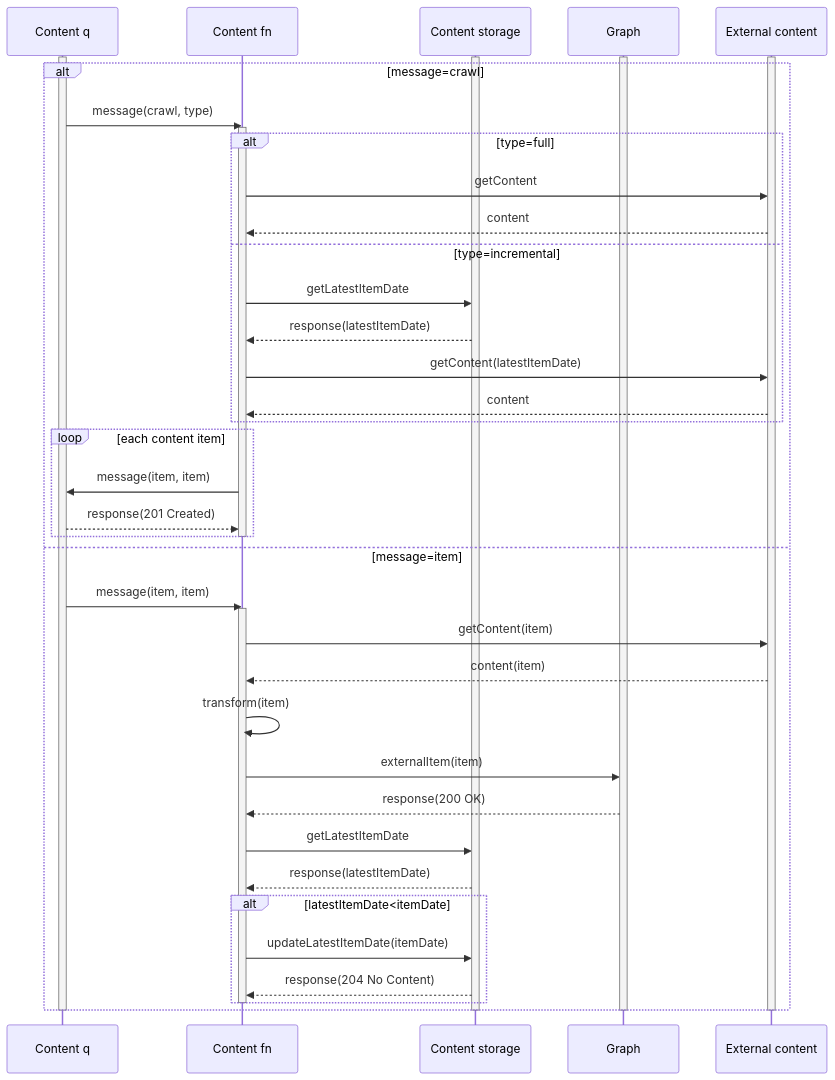
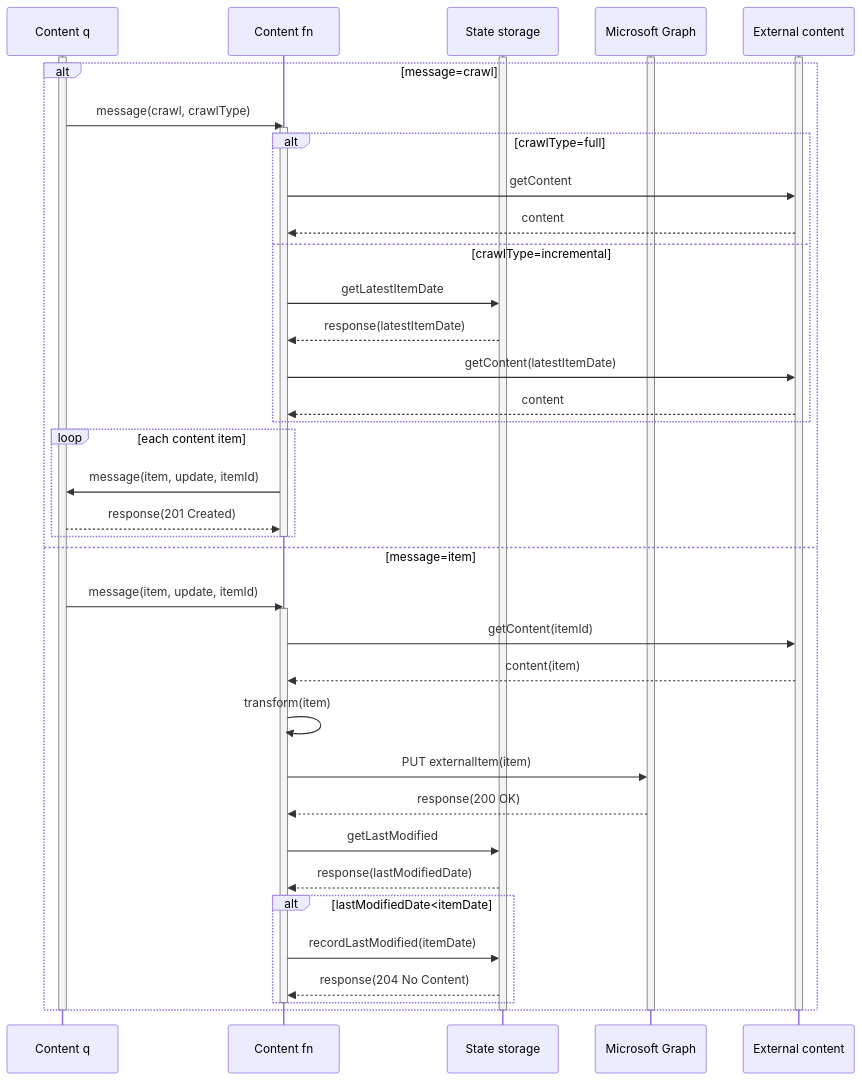
Before and after one commit to garrytrinder/food-catalog-graph-connector: the fifth of 6 diagrams in readme.md, drawn with Mermaid. The commit also changed other lines of this file, not shown here.

Commit message:
Adds deletion diagram Updates diagrams

````diff
--- a/readme.md
+++ b/readme.md
@@ -171,55 +180,55 @@
 ```mermaid
 sequenceDiagram
   participant Content q
   participant Content fn
-  participant Content storage
-  participant Graph
+  participant State storage
+  participant Microsoft Graph
   participant External content
   
   activate Content q
-  activate Content storage
-  activate Graph
+  activate State storage
+  activate Microsoft Graph
   activate External content
 
   alt message=crawl
-    Content q->>Content fn:message(crawl, type)
+    Content q->>Content fn:message(crawl, crawlType)
     activate Content fn
-    alt type=full
+    alt crawlType=full
       Content fn->>External content:getContent
       External content-->>Content fn:content
-    else type=incremental
-      Content fn->>Content storage:getLatestItemDate
-      Content storage-->>Content fn:response(latestItemDate)
+    else crawlType=incremental
+      Content fn->>State storage:getLatestItemDate
+      State storage-->>Content fn:response(latestItemDate)
       Content fn->>External content:getContent(latestItemDate)
       External content-->>Content fn:content
     end
     
     loop each content item
-      Content fn->>Content q:message(item, item)
+      Content fn->>Content q:message(item, update, itemId)
       Content q-->>Content fn:response(201 Created)
     end
     deactivate Content fn
   else message=item
-    Content q->>Content fn:message(item, item)
+    Content q->>Content fn:message(item, update, itemId)
     activate Content fn
-    Content fn->>External content:getContent(item)
+    Content fn->>External content:getContent(itemId)
     External content-->>Content fn:content(item)
     Content fn->>Content fn:transform(item)
-    Content fn->>Graph:externalItem(item)
-    Graph-->>Content fn:response(200 OK)
+    Content fn->>Microsoft Graph:PUT externalItem(item)
+    Microsoft Graph-->>Content fn:response(200 OK)
 
-    Content fn->>Content storage:getLatestItemDate
-    Content storage-->>Content fn:response(latestItemDate)
+    Content fn->>State storage:getLastModified
+    State storage-->>Content fn:response(lastModifiedDate)
 
-    alt latestItemDate<itemDate
-      Content fn->>Content storage:updateLatestItemDate(itemDate)
-      Content storage-->>Content fn:response(204 No Content)
+    alt lastModifiedDate<itemDate
+      Content fn->>State storage:recordLastModified(itemDate)
+      State storage-->>Content fn:response(204 No Content)
     end
     deactivate Content fn
   end
   
   deactivate External content
-  deactivate Graph
+  deactivate Microsoft Graph
   deactivate Content q
-  deactivate Content storage
+  deactivate State storage
 ```
````
